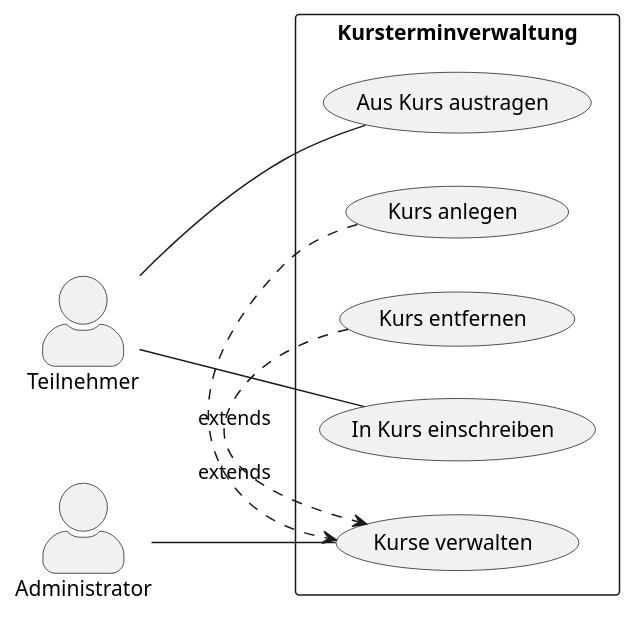
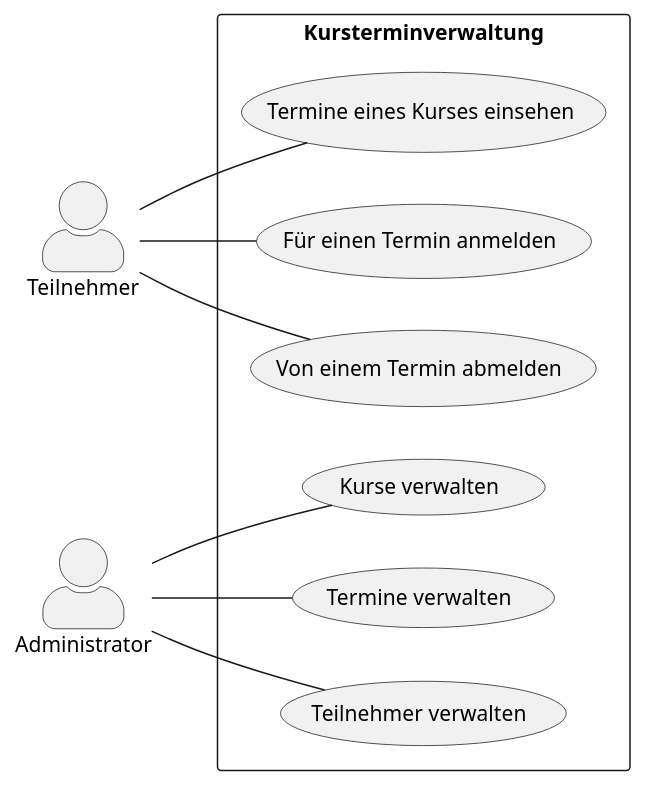
The diagram in asciidocs/plantuml/use-case-diagram.puml (2223-3bhif-syp/02-projekte-kurstermine), drawn with PlantUML before and after one commit. The commit also changed 7 other files, not shown here.

```diff
--- a/asciidocs/plantuml/use-case-diagram.puml
+++ b/asciidocs/plantuml/use-case-diagram.puml
@@ -1,23 +1,25 @@
 @startuml
 skinparam actorstyle awesome
 left to right direction
 
 actor "Teilnehmer" as tn
 actor "Administrator" as adm
 
 rectangle Kursterminverwaltung {
-    usecase "Aus Kurs austragen" as at
-    usecase "In Kurs einschreiben" as et
+    usecase "Termine eines Kurses einsehen" as te
+    usecase "Für einen Termin anmelden" as an
+    usecase "Von einem Termin abmelden" as ab
     usecase "Kurse verwalten" as kv
-    usecase "Kurs anlegen" as ka
-    usecase "Kurs entfernen" as ke
+    usecase "Termine verwalten" as tv
+    usecase "Teilnehmer verwalten" as tw
 
-    tn -- et
-    tn -- at
+    tn -- te
+    tn -- an
+    tn -- ab
     adm -- kv
-    ka .> kv : extends
-    ke .> kv : extends
+    adm -- tw
+    adm -- tv
 }
 
 
 @enduml
```
